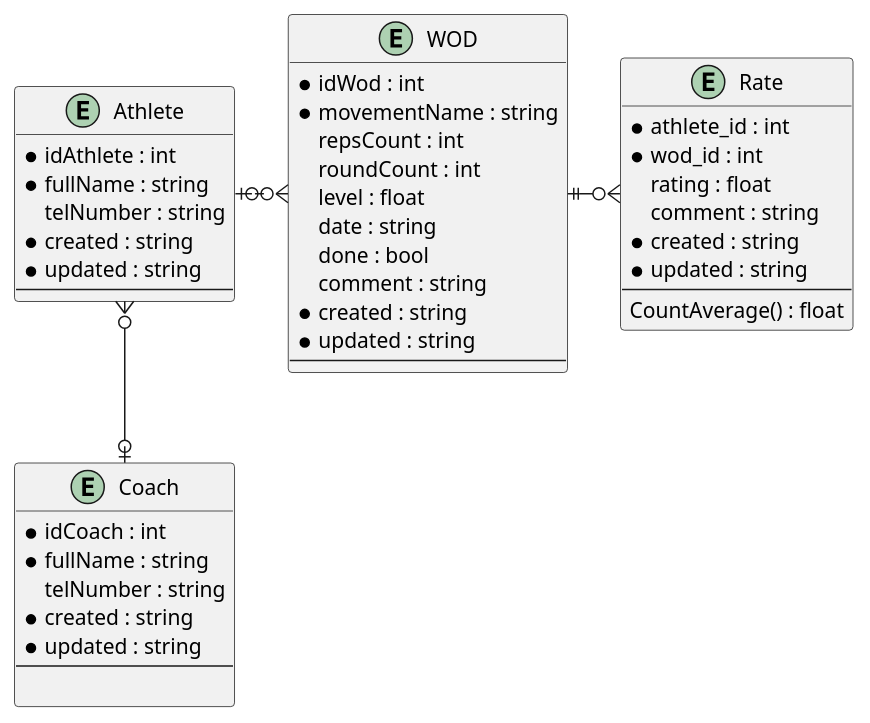
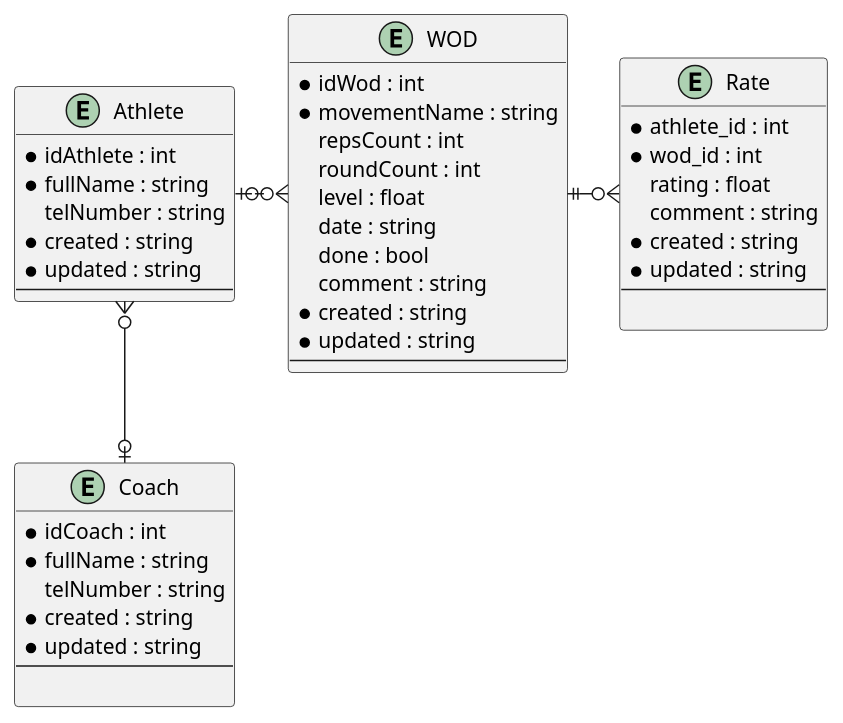
The second of 2 diagrams in Specs/Specs.md (SaLuX8/UI-programming), drawn with PlantUML before and after one commit.

Commit message:
edit class model

````diff
--- a/Specs/Specs.md
+++ b/Specs/Specs.md
@@ -49,47 +49,47 @@
 ```plantuml
 entity Coach {
     * idCoach : int
     * fullName : string
     telNumber : string
     * created : string
     * updated : string
     --
     
 }
 entity Athlete {
     * idAthlete : int
     * fullName : string
     telNumber : string
     * created : string
     * updated : string
     --
 }
 entity WOD {
     * idWod : int
     * movementName : string
     repsCount : int
     roundCount : int
     level : float
     date : string
     done : bool
     comment : string
     * created : string
     * updated : string
     --
 }
 entity Rate {
     * athlete_id : int
     * wod_id : int
     rating : float
     comment : string
     * created : string
     * updated : string
     --
-    CountAverage() : float
+    
 }
 
 Athlete }o--o| Coach
 WOD }o-left-o| Athlete
 WOD ||-right-o{ Rate
 
 ```
````
